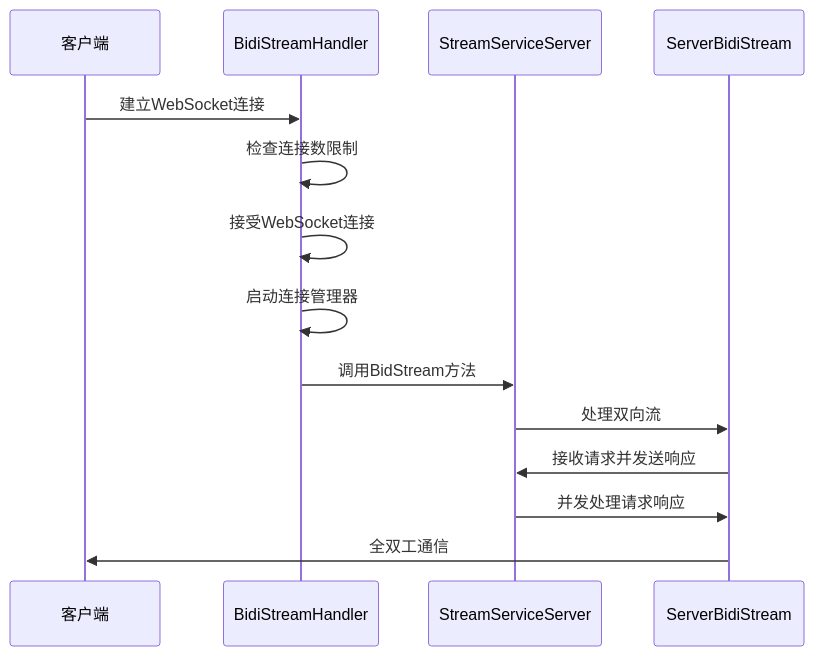
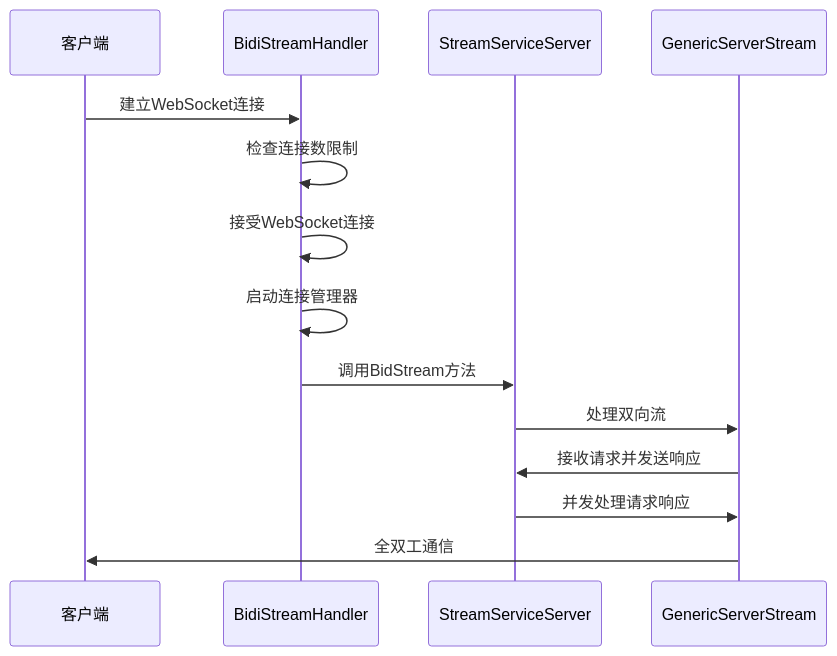
Diagram 14 of 15 in .agents/repowiki/zh/content/示例和最佳实践/WebSocket流式系统.md (soyacen/goose), drawn with Mermaid before and after one commit. The commit also changed other lines of this file and 7 other files, not shown here.

First line of the commit message:
Refactor WebSocket client and server stream handling

````diff
--- a/.agents/repowiki/zh/content/示例和最佳实践/WebSocket流式系统.md
+++ b/.agents/repowiki/zh/content/示例和最佳实践/WebSocket流式系统.md
@@ -537,16 +557,16 @@
 ```mermaid
 sequenceDiagram
 participant Client as 客户端
 participant Handler as BidiStreamHandler
 participant Service as StreamServiceServer
-participant Stream as ServerBidiStream
+participant Stream as GenericServerStream
 Client->>Handler : 建立WebSocket连接
 Handler->>Handler : 检查连接数限制
 Handler->>Handler : 接受WebSocket连接
 Handler->>Handler : 启动连接管理器
 Handler->>Service : 调用BidStream方法
 Service->>Stream : 处理双向流
 Stream->>Service : 接收请求并发送响应
 Service->>Stream : 并发处理请求响应
 Stream->>Client : 全双工通信
 ```
````
